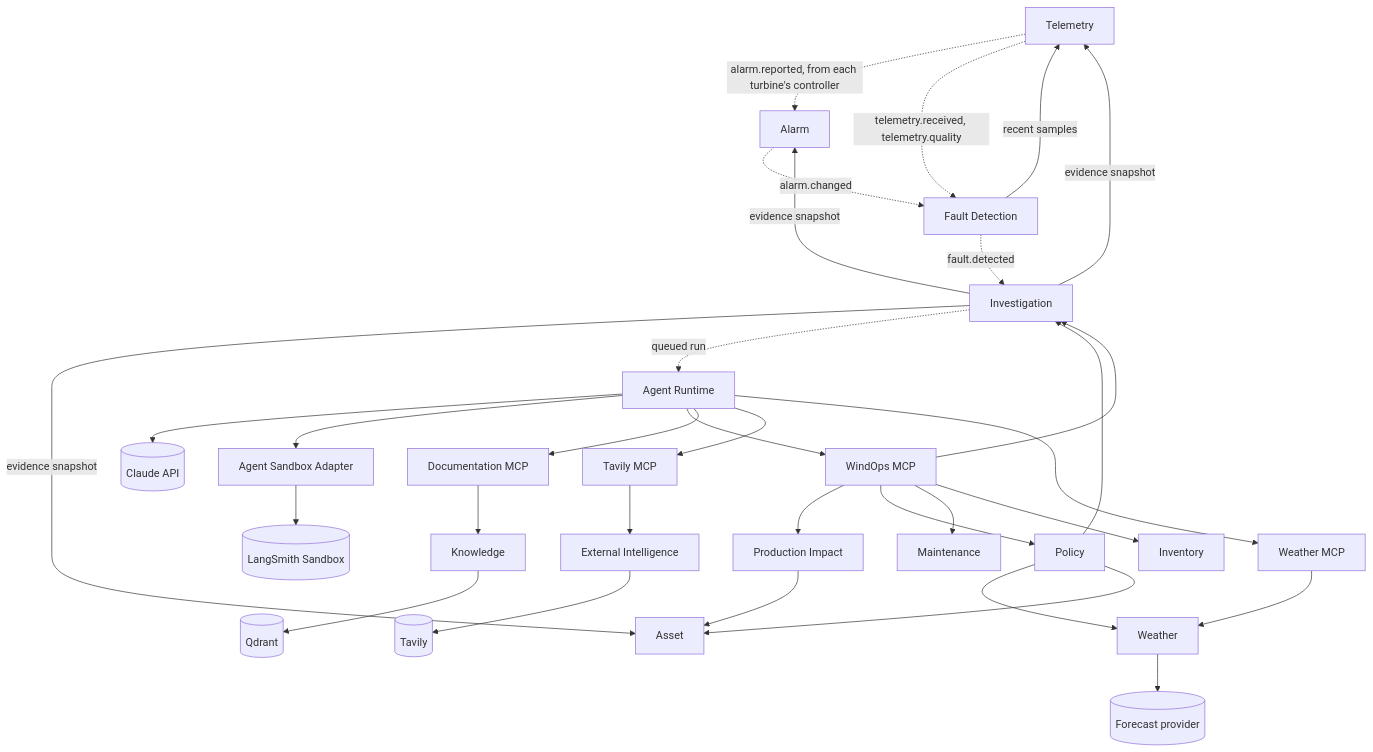
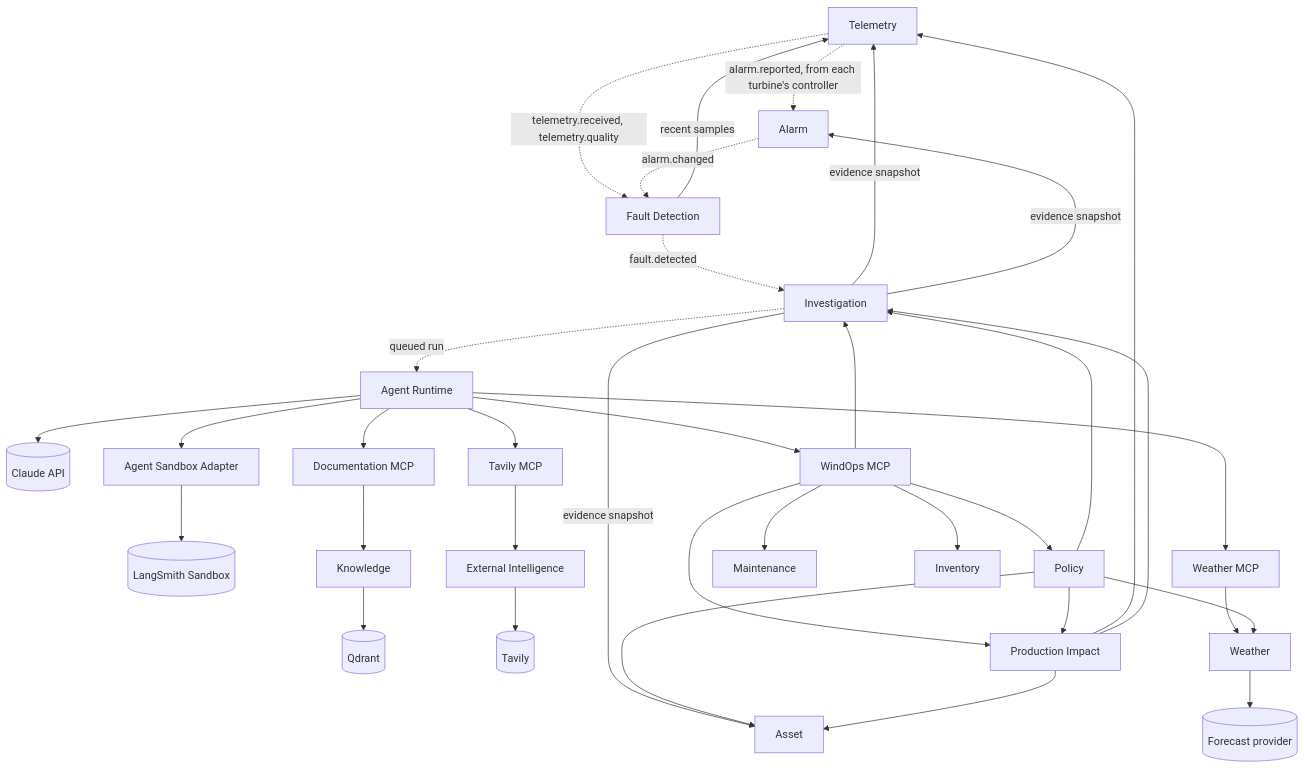
Before and after one commit to wasif1024/windops-ai: the second of 5 diagrams in docs/service-map.md, drawn with Mermaid. The commit also changed other lines of this file and 62 other files, not shown here.

````diff
--- a/docs/service-map.md
+++ b/docs/service-map.md
@@ -54,34 +54,37 @@
 ```mermaid
 flowchart TB
     Telemetry -.->|alarm.reported, from each turbine's controller| Alarm
     Telemetry -.->|telemetry.received, telemetry.quality| Fault["Fault Detection"]
     Alarm -.->|alarm.changed| Fault
     Fault -->|recent samples| Telemetry
     Fault -.->|fault.detected| Investigation
     Investigation -->|evidence snapshot| Telemetry
     Investigation -->|evidence snapshot| Alarm
     Investigation -->|evidence snapshot| Asset
     Investigation -.->|queued run| Runtime["Agent Runtime"]
     Runtime --> Claude[("Claude API")]
     Runtime --> Sandbox["Agent Sandbox Adapter"]
     Sandbox --> LangSmith[("LangSmith Sandbox")]
     Runtime --> Core["WindOps MCP"]
     Runtime --> Docs["Documentation MCP"]
     Runtime --> TavilyMCP["Tavily MCP"]
     Runtime --> WeatherMCP["Weather MCP"]
     Docs --> Knowledge
     Knowledge --> Qdrant[("Qdrant")]
     TavilyMCP --> External["External Intelligence"]
     External --> Tavily[("Tavily")]
     WeatherMCP --> Weather
     Weather --> Forecast[("Forecast provider")]
     Core --> Impact["Production Impact"]
     Core --> Policy
     Core --> Maintenance
     Core --> Inventory
     Core --> Investigation
     Policy --> Weather
     Policy --> Investigation
     Policy --> Asset
+    Policy --> Impact
     Impact --> Asset
+    Impact --> Telemetry
+    Impact --> Investigation
 ```
````
